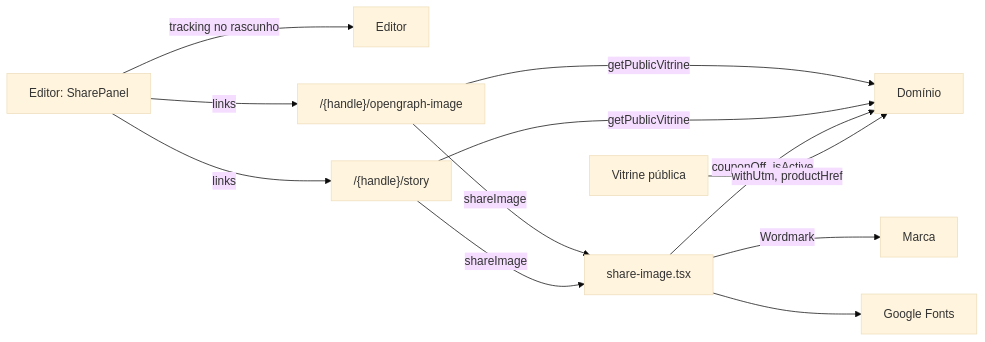
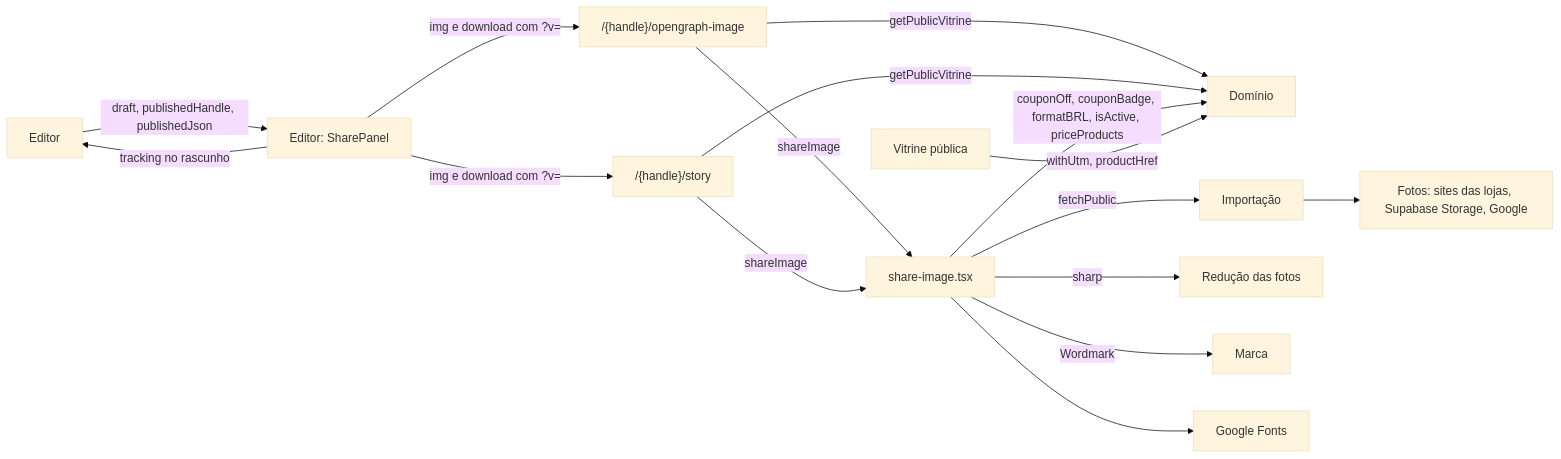
Before and after one commit to estevaons/myvitri: the fourth of 4 diagrams in docs/apps/divulgacao.md, drawn with Mermaid (base theme). The commit also changed other lines of this file and 12 other files, not shown here.

````diff
--- a/docs/apps/divulgacao.md
+++ b/docs/apps/divulgacao.md
@@ -98,12 +156,16 @@
 ```mermaid
 graph LR
-    SP[Editor: SharePanel] -->|tracking no rascunho| ED[Editor]
-    SP -->|links| OG["/{handle}/opengraph-image"]
-    SP -->|links| STORY["/{handle}/story"]
+    ED[Editor] -->|draft, publishedHandle, publishedJson| SP[Editor: SharePanel]
+    SP -->|tracking no rascunho| ED
+    SP -->|img e download com ?v=| OG["/{handle}/opengraph-image"]
+    SP -->|img e download com ?v=| STORY["/{handle}/story"]
     OG & STORY -->|getPublicVitrine| DOM[Domínio]
     OG & STORY -->|shareImage| SI[share-image.tsx]
-    SI -->|couponOff, isActive| DOM
+    SI -->|couponOff, couponBadge, formatBRL, isActive, priceProducts| DOM
+    SI -->|fetchPublic| IMP[Importação]
+    SI -->|sharp| SH[Redução das fotos]
+    IMP --> FOTOS["Fotos: sites das lojas, Supabase Storage, Google"]
     SI -->|Wordmark| BRAND[Marca]
     SI --> GF[Google Fonts]
     VP[Vitrine pública] -->|withUtm, productHref| DOM
 ```
````
